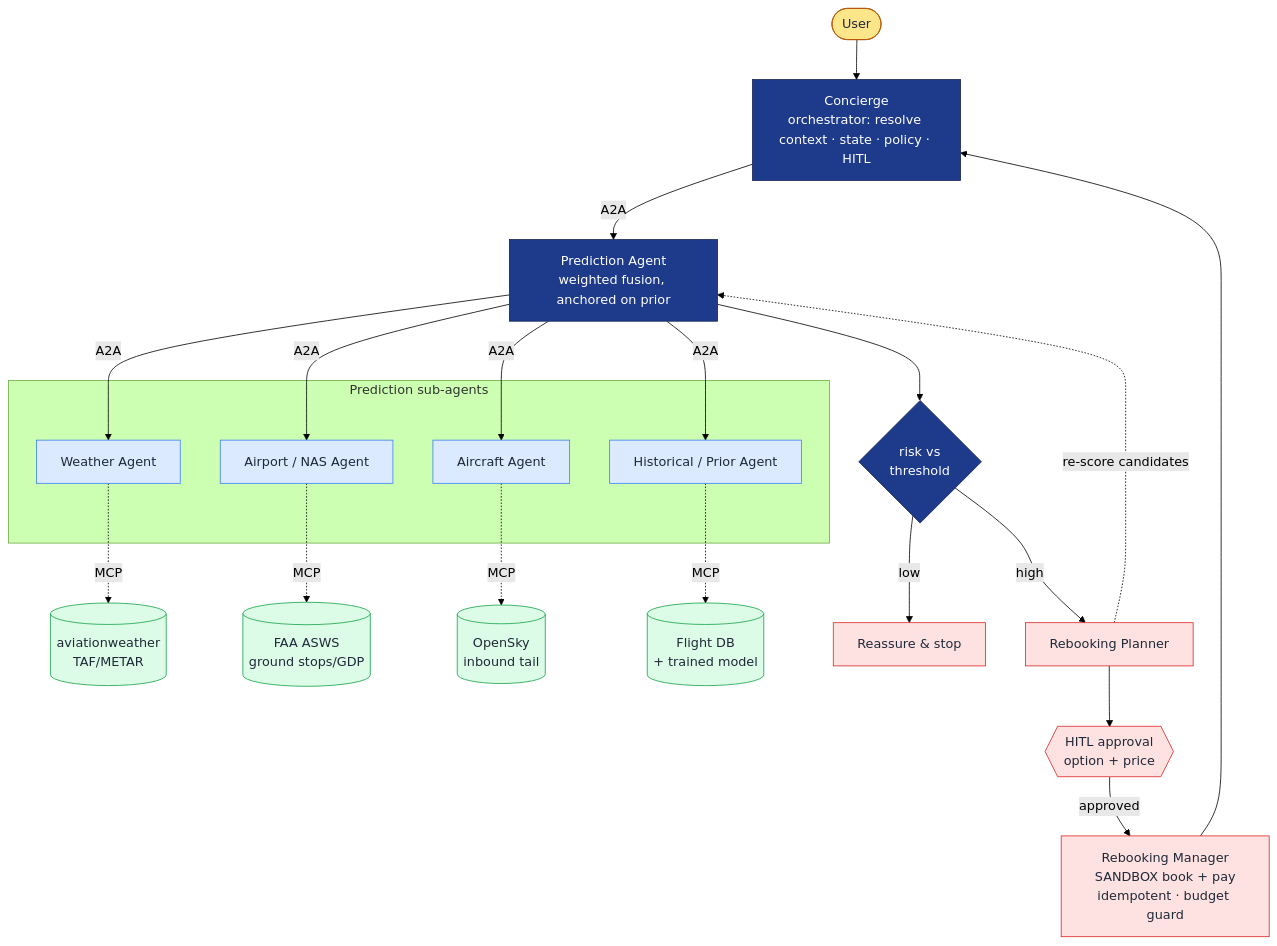
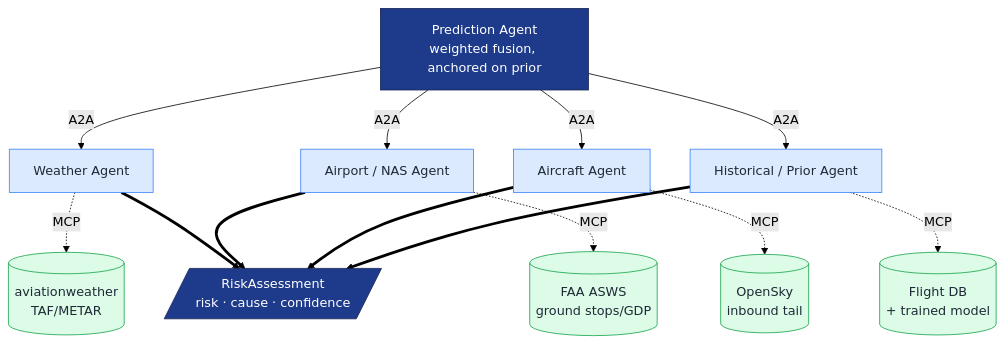
Before and after one commit to sonijigar/kaggle-capstone-ai-agents: the second of 3 diagrams in docs/DESIGN.md, drawn with Mermaid (forest theme). The commit also changed 1 other file, not shown here.

Commit message:
docs: split architecture into system overview + prediction internals
§2.1 system overview treats Prediction as a black box; §2.2 details the four
specialist agents and their MCP data sources. README diagram now abstract too.

````diff
--- a/docs/DESIGN.md
+++ b/docs/DESIGN.md
@@ -30,38 +56,19 @@
 ```mermaid
 flowchart TD
-    U([User]) --> C[Concierge<br/>orchestrator: resolve context · state · policy · HITL]
-
-    C -->|A2A| P[Prediction Agent<br/>weighted fusion, anchored on prior]
-
-    subgraph PRED [Prediction sub-agents]
-        W[Weather Agent]
-        N[Airport / NAS Agent]
-        AC[Aircraft Agent]
-        H[Historical / Prior Agent]
-    end
-    P -->|A2A| W & N & AC & H
+    P[Prediction Agent<br/>weighted fusion, anchored on prior]
+    P -->|A2A| W[Weather Agent] & N[Airport / NAS Agent] & AC[Aircraft Agent] & H[Historical / Prior Agent]
 
     W -.MCP.-> wx[(aviationweather<br/>TAF/METAR)]
     N -.MCP.-> nx[(FAA ASWS<br/>ground stops/GDP)]
     AC -.MCP.-> ox[(OpenSky<br/>inbound tail)]
     H -.MCP.-> db[(Flight DB<br/>+ trained model)]
 
-    P --> D{risk vs<br/>threshold}
-    D -->|low| RE[Reassure &amp; stop]
-    D -->|high| PL[Rebooking Planner]
-    PL -. re-score candidates .-> P
-    PL --> G{{HITL approval<br/>option + price}}
-    G -->|approved| M[Rebooking Manager<br/>SANDBOX book + pay<br/>idempotent · budget guard]
-    M --> C
+    W & N & AC & H ==> R[/RiskAssessment<br/>risk · cause · confidence/]
 
-    classDef user fill:#fde68a,stroke:#b45309,color:#1f2937;
     classDef orch fill:#1e3a8a,stroke:#172554,color:#ffffff;
     classDef agent fill:#dbeafe,stroke:#3b82f6,color:#1f2937;
     classDef data fill:#dcfce7,stroke:#16a34a,color:#1f2937;
-    classDef action fill:#fee2e2,stroke:#dc2626,color:#1f2937;
-    class U user;
-    class C,P,D orch;
+    class P,R orch;
     class W,N,AC,H agent;
     class wx,nx,ox,db data;
-    class RE,PL,G,M action;
 ```
````
